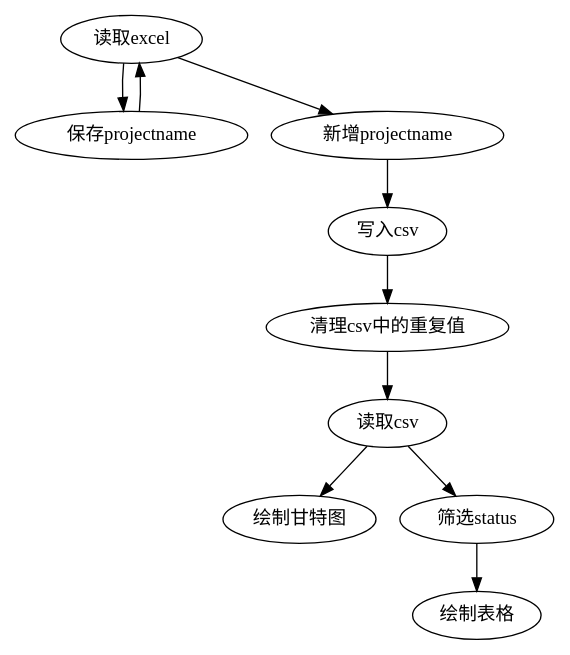
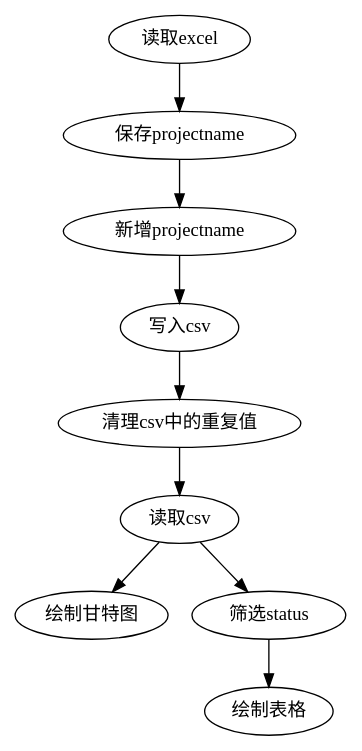
Before and after one commit to cruiurc/cruiurc.github.io: the diagram in source/miscellaneous/code2.rst, drawn with Graphviz. The commit also changed other lines of this file, not shown here.

```diff
--- a/source/miscellaneous/code2.rst
+++ b/source/miscellaneous/code2.rst
@@ -22,24 +10,23 @@
 .. graphviz::
 
     digraph mind{
         读取excel;
         保存projectname;
         读取excel;
         新增projectname;
         写入csv;
         清理csv中的重复值;
         读取csv;
         绘制甘特图;
         绘制表格;
         筛选status;
 
         读取excel -> 保存projectname;
-        保存projectname -> 读取excel;
-        读取excel -> 新增projectname;
+        保存projectname -> 新增projectname;
         新增projectname -> 写入csv;
         写入csv -> 清理csv中的重复值;
         清理csv中的重复值 -> 读取csv;
         读取csv -> 绘制甘特图;
         读取csv -> 筛选status;
         筛选status -> 绘制表格;
     }
```
